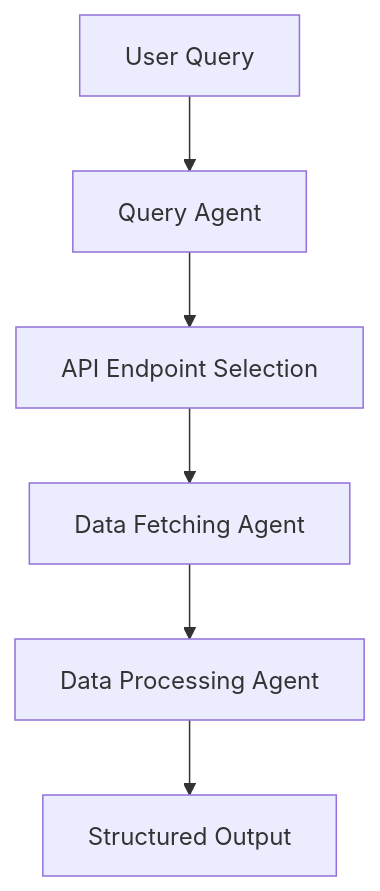
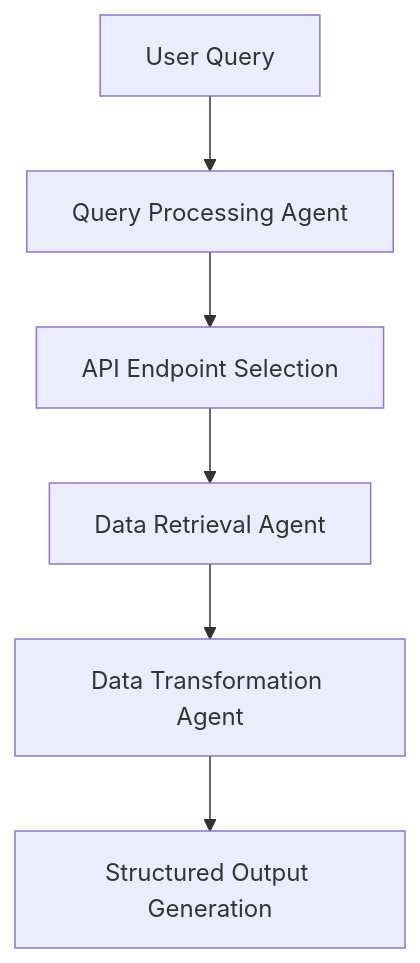
Before and after one commit to xbarat/orbit-AI-phidata: the diagram in README.md, drawn with Mermaid. The commit also changed other lines of this file, not shown here.

````diff
--- a/README.md
+++ b/README.md
@@ -42,8 +41,8 @@
 ```mermaid
 graph TD
-    A[User Query] --> B[Query Agent]
+    A[User Query] --> B[Query Processing Agent]
     B --> C[API Endpoint Selection]
-    C --> D[Data Fetching Agent]
-    D --> E[Data Processing Agent]
-    E --> F[Structured Output]
+    C --> D[Data Retrieval Agent]
+    D --> E[Data Transformation Agent]
+    E --> F[Structured Output Generation]
 ```
````
